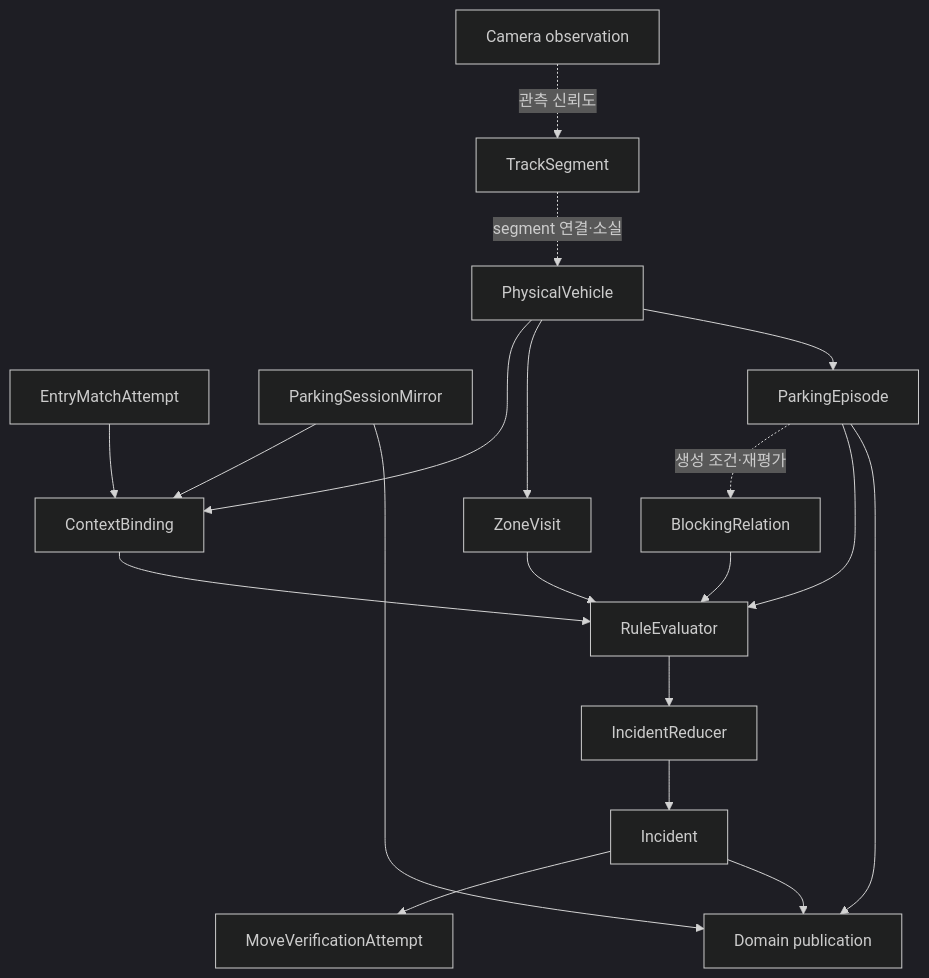
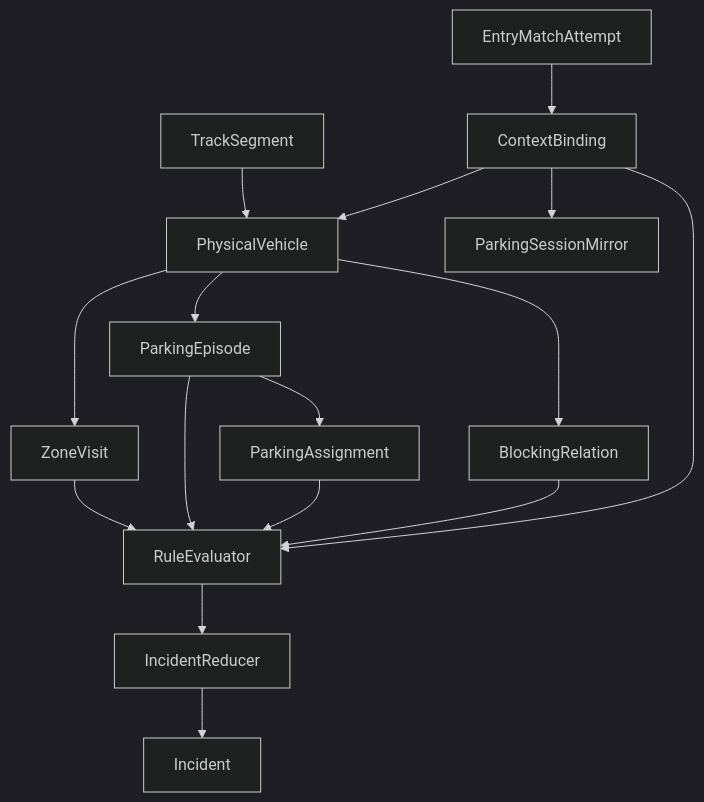
The diagram in docs/architecture/jetson/03-scope-propagation-contract.md (nias0ng/juchabaro), drawn with Mermaid (dark theme) before and after one commit. The commit also changed other lines of this file and 6 other files, not shown here.

````diff
--- a/docs/architecture/jetson/03-scope-propagation-contract.md
+++ b/docs/architecture/jetson/03-scope-propagation-contract.md
@@ -31,25 +19,18 @@
 ```mermaid
 flowchart TD
-    CAM["Camera observation"] -. "관측 신뢰도" .-> TS["TrackSegment"]
-    TS -. "segment 연결·소실" .-> PV["PhysicalVehicle"]
-
-    EM["EntryMatchAttempt"] --> CB["ContextBinding"]
-    PS["ParkingSessionMirror"] --> CB
-    PV --> CB
-
+    TS["TrackSegment"] --> PV["PhysicalVehicle"]
+    EA["EntryMatchAttempt"] --> CB["ContextBinding"]
+    CB --> PV
+    CB --> SM["ParkingSessionMirror"]
     PV --> ZV["ZoneVisit"]
     PV --> PE["ParkingEpisode"]
-    PE -. "생성 조건·재평가" .-> BR["BlockingRelation"]
-
-    ZV --> RE["RuleEvaluator"]
-    PE --> RE
-    BR --> RE
-    CB --> RE
-    RE --> IR["IncidentReducer"]
-    IR --> IN["Incident"]
-
-    IN --> MV["MoveVerificationAttempt"]
-    IN --> PUB["Domain publication"]
-    PE --> PUB
-    PS --> PUB
+    PE --> PA["ParkingAssignment"]
+    PV --> BR["BlockingRelation"]
+    ZV --> RULE["RuleEvaluator"]
+    PE --> RULE
+    PA --> RULE
+    BR --> RULE
+    CB --> RULE
+    RULE --> IR["IncidentReducer"]
+    IR --> INC["Incident"]
 ```
````
